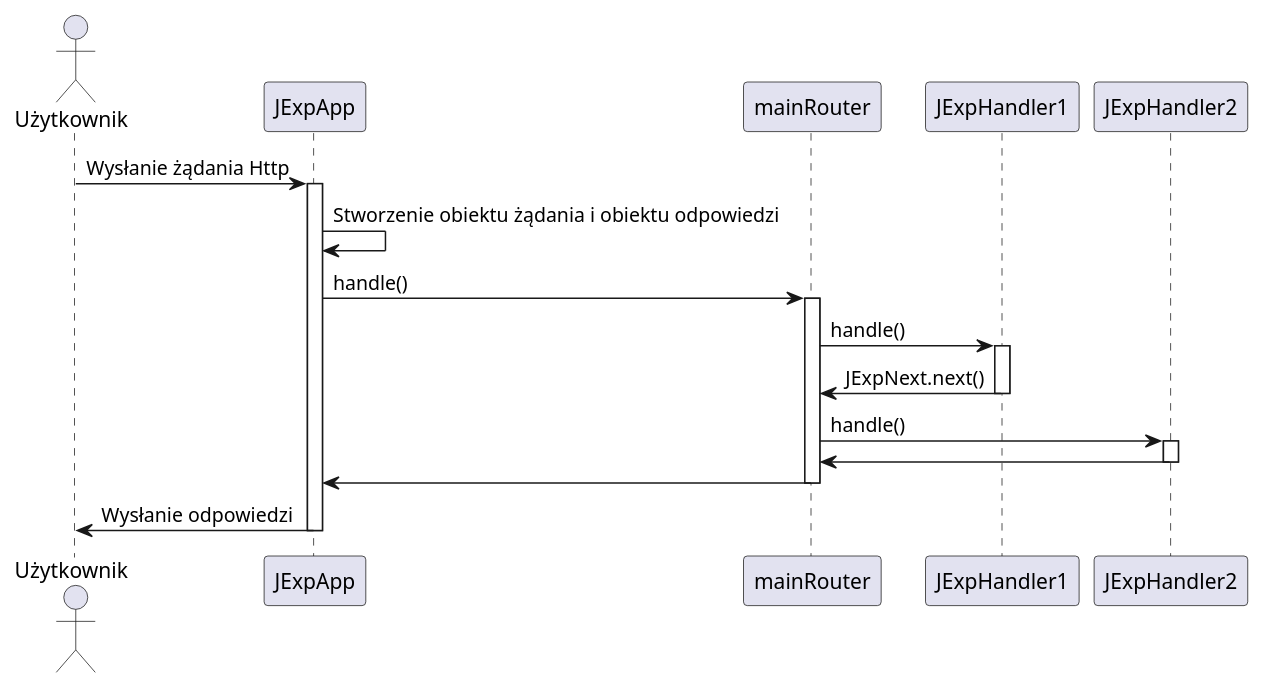
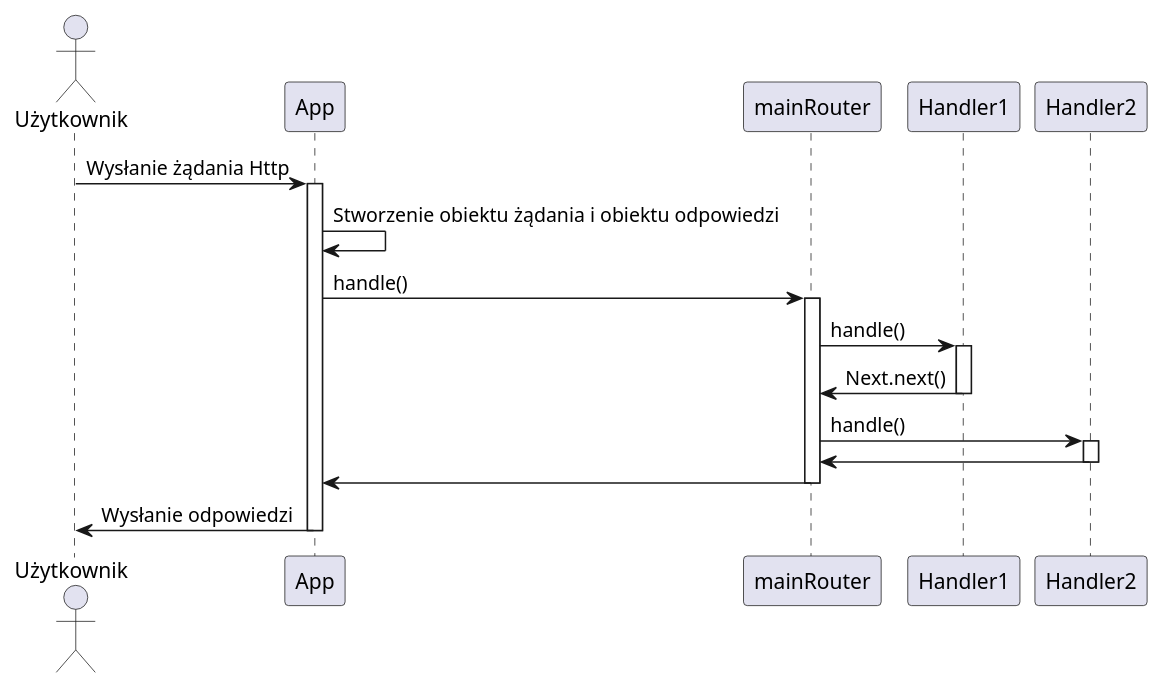
The fourth of 4 diagrams in docs/jexp.md (Mac14101/po2025), drawn with PlantUML before and after one commit. The commit also changed other lines of this file and 8 other files, not shown here.

````diff
--- a/docs/jexp.md
+++ b/docs/jexp.md
@@ -173,26 +175,26 @@
 ```plantuml
 @startuml
 actor "Użytkownik" as User
-participant "JExpApp" as Server
+participant "App" as Server
 participant "mainRouter" as Router
-participant "JExpHandler1" as Handler1
-participant "JExpHandler2" as Handler2
+participant "Handler1" as Handler1
+participant "Handler2" as Handler2
 User->Server : Wysłanie żądania Http
 activate Server
 Server->Server : Stworzenie obiektu żądania i obiektu odpowiedzi
 Server->Router : handle()
 activate Router
 Router->Handler1 : handle()
 Activate Handler1
-Handler1->Router : JExpNext.next()
+Handler1->Router : Next.next()
 deactivate Handler1
 Router->Handler2 : handle()
 activate Handler2
 Handler2->Router
 deactivate Handler2
 Router->Server
 deactivate Router
 Server->User : Wysłanie odpowiedzi
 deactivate Server
 @enduml
 ```
````
